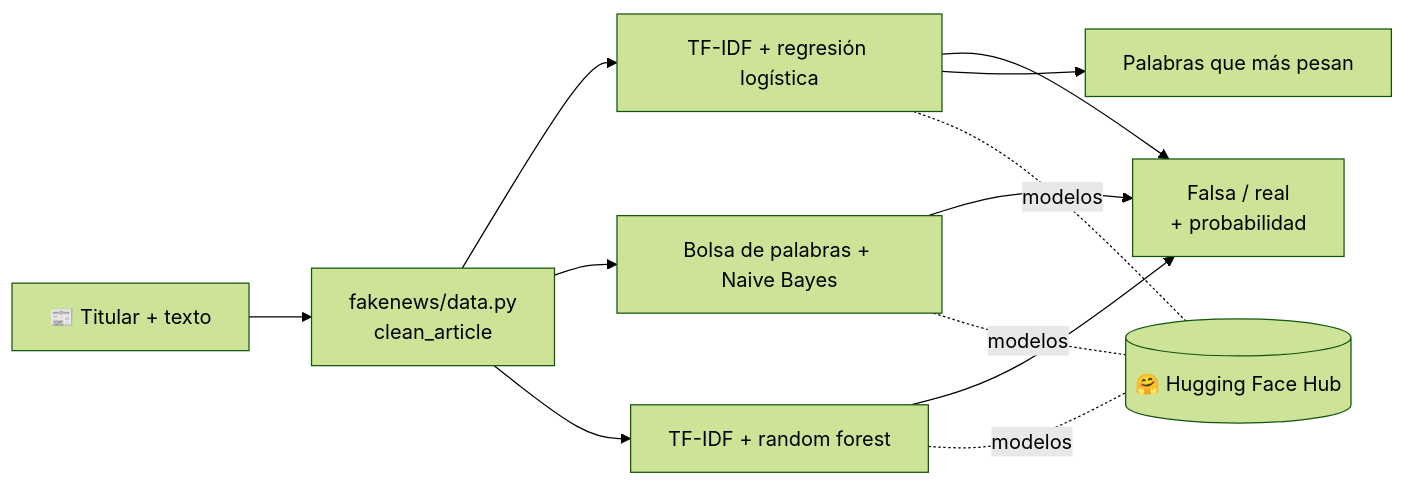
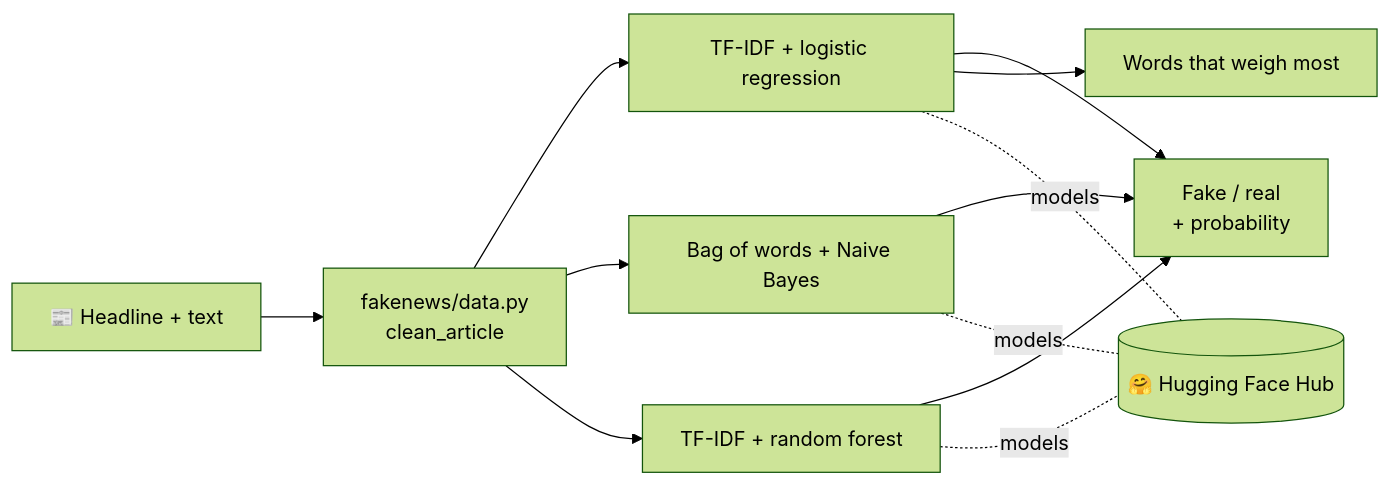
The diagram in README.md (JTiiz/natural-processing-models), drawn with Mermaid (forest theme) before and after one commit. The commit also changed other lines of this file and 5 other files, not shown here.

````diff
--- a/README.md
+++ b/README.md
@@ -29,10 +29,10 @@
 ```mermaid
 flowchart LR
-    A[📰 Titular + texto] --> B[fakenews/data.py<br/>clean_article]
-    B --> C1[TF-IDF + regresión logística]
-    B --> C2[Bolsa de palabras + Naive Bayes]
+    A[📰 Headline + text] --> B[fakenews/data.py<br/>clean_article]
+    B --> C1[TF-IDF + logistic regression]
+    B --> C2[Bag of words + Naive Bayes]
     B --> C3[TF-IDF + random forest]
-    C1 & C2 & C3 --> D[Falsa / real<br/>+ probabilidad]
-    C1 --> E[Palabras que más pesan]
-    C1 & C2 & C3 -. modelos .- H[(🤗 Hugging Face Hub)]
+    C1 & C2 & C3 --> D[Fake / real<br/>+ probability]
+    C1 --> E[Words that weigh most]
+    C1 & C2 & C3 -. models .- H[(🤗 Hugging Face Hub)]
 ```
````
